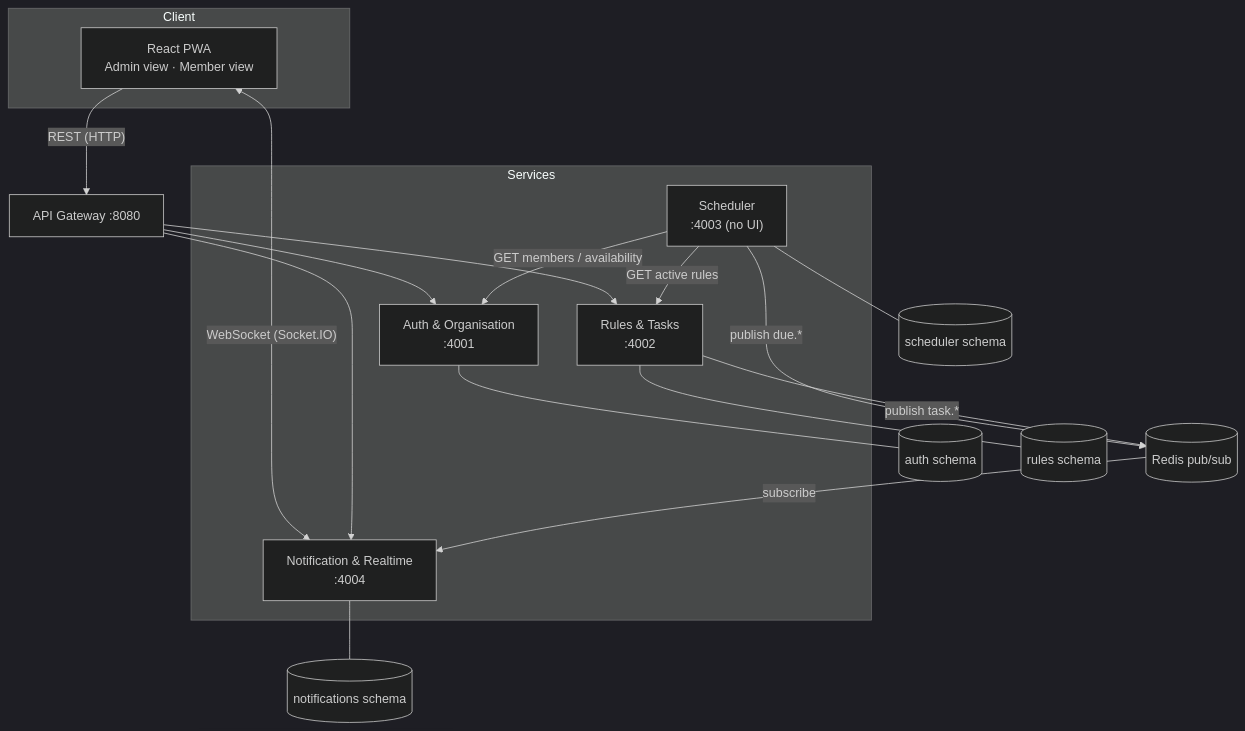
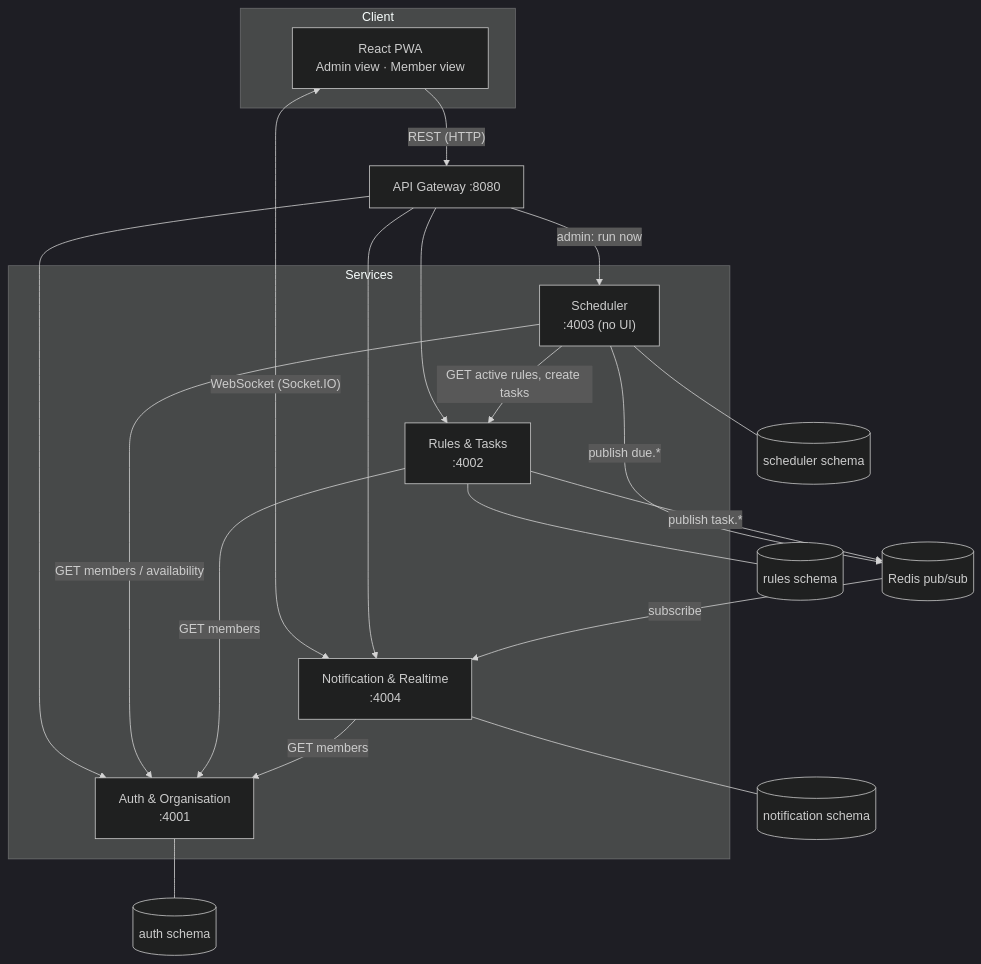
One commit to Vivianmurathimi/orgpulse changed the first of 11 diagrams in docs/architecture.md. Above: the diagram before and after it, drawn with Mermaid (dark theme). The commit also changed other lines of this file and 5 other files, not shown here.

````diff
--- a/docs/architecture.md
+++ b/docs/architecture.md
@@ -9,31 +9,34 @@
 ```mermaid
 flowchart TB
     subgraph Client
         PWA["React PWA<br/>Admin view · Member view"]
     end
 
     PWA -- "REST (HTTP)" --> GW[API Gateway :8080]
     PWA <-- "WebSocket (Socket.IO)" --> NS
 
     subgraph Services
         AUTH["Auth & Organisation<br/>:4001"]
         RULES["Rules & Tasks<br/>:4002"]
         SCHED["Scheduler<br/>:4003 (no UI)"]
         NS["Notification & Realtime<br/>:4004"]
     end
 
     GW --> AUTH
     GW --> RULES
     GW --> NS
+    GW -- "admin: run now" --> SCHED
 
-    SCHED -- "GET active rules" --> RULES
+    SCHED -- "GET active rules, create tasks" --> RULES
     SCHED -- "GET members / availability" --> AUTH
     SCHED -- "publish due.*" --> REDIS[(Redis pub/sub)]
     RULES -- "publish task.*" --> REDIS
+    RULES -- "GET members" --> AUTH
+    NS -- "GET members" --> AUTH
     REDIS -- "subscribe" --> NS
 
     AUTH --- DBA[(auth schema)]
     RULES --- DBR[(rules schema)]
     SCHED --- DBS[(scheduler schema)]
-    NS --- DBN[(notifications schema)]
+    NS --- DBN[(notification schema)]
 ```
````
